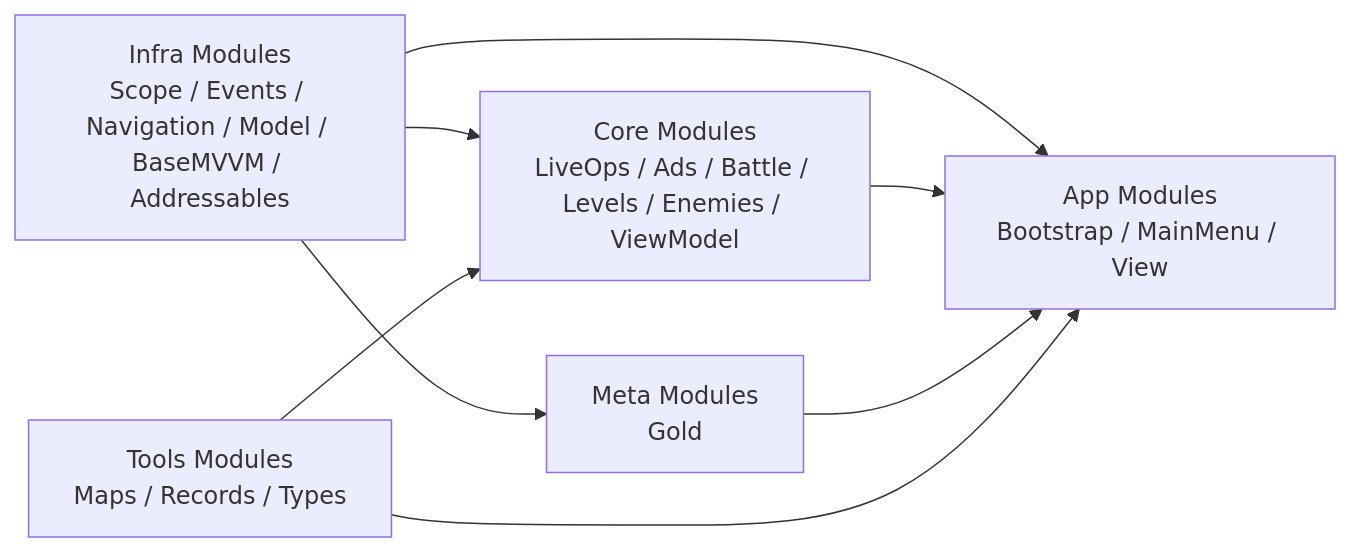
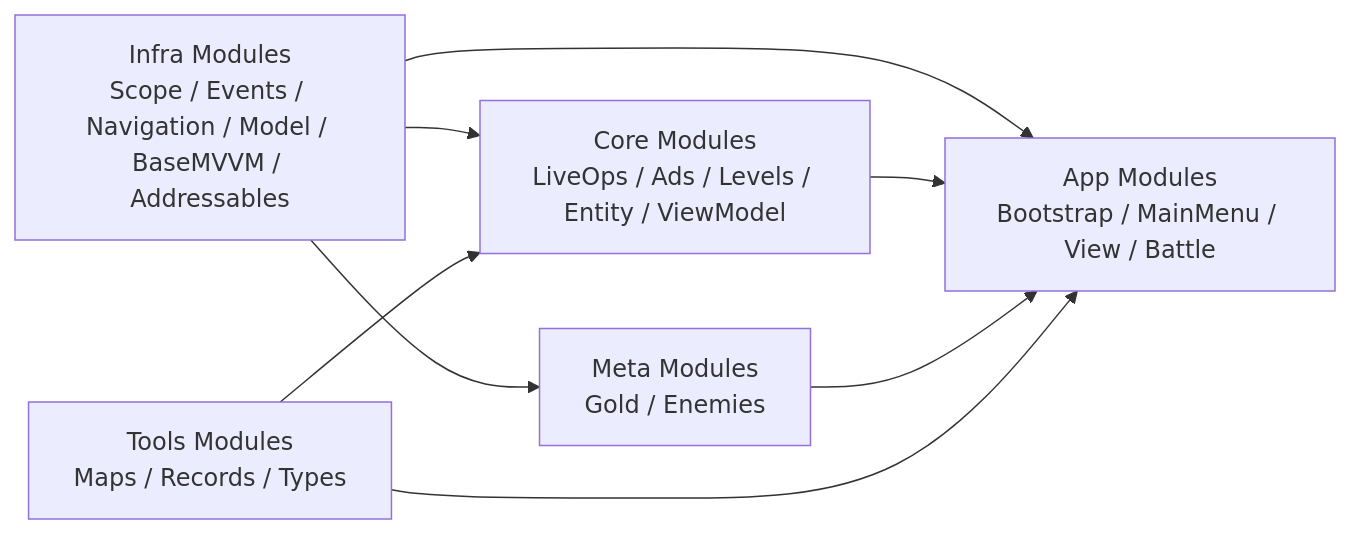
Before and after one commit to MgCohen/Madbox: the second of 5 diagrams in Architecture.md, drawn with Mermaid. The commit also changed other lines of this file and 121 other files, not shown here.

````diff
--- a/Architecture.md
+++ b/Architecture.md
@@ -80,16 +80,16 @@
 ```mermaid
 flowchart LR
     Infra[Infra Modules<br/>Scope / Events / Navigation / Model / BaseMVVM / Addressables]
-    Core[Core Modules<br/>LiveOps / Ads / Battle / Levels / Enemies / ViewModel]
-    Meta[Meta Modules<br/>Gold]
-    App[App Modules<br/>Bootstrap / MainMenu / View]
+    Core[Core Modules<br/>LiveOps / Ads / Levels / Entity / ViewModel]
+    Meta[Meta Modules<br/>Gold / Enemies]
+    App[App Modules<br/>Bootstrap / MainMenu / View / Battle]
     Tools[Tools Modules<br/>Maps / Records / Types]
 
     Infra --> Core
     Infra --> Meta
     Infra --> App
     Core --> App
     Meta --> App
     Tools --> Core
     Tools --> App
 ```
````
